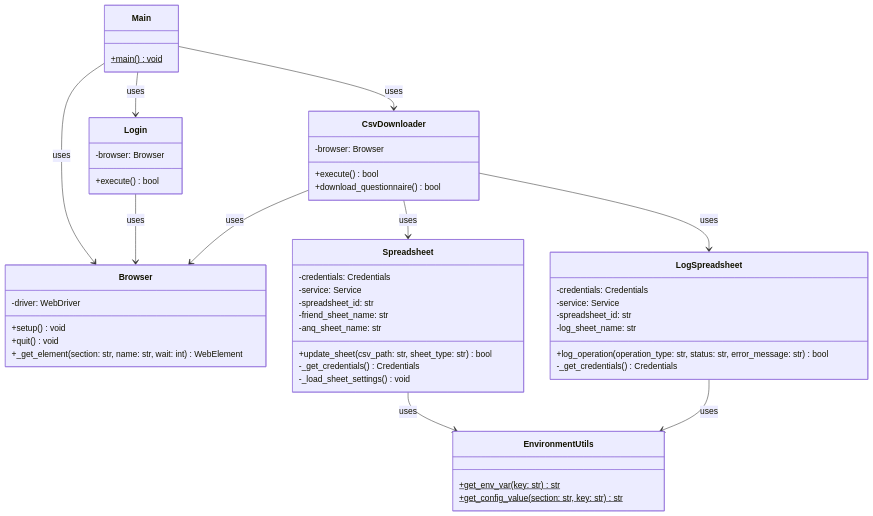
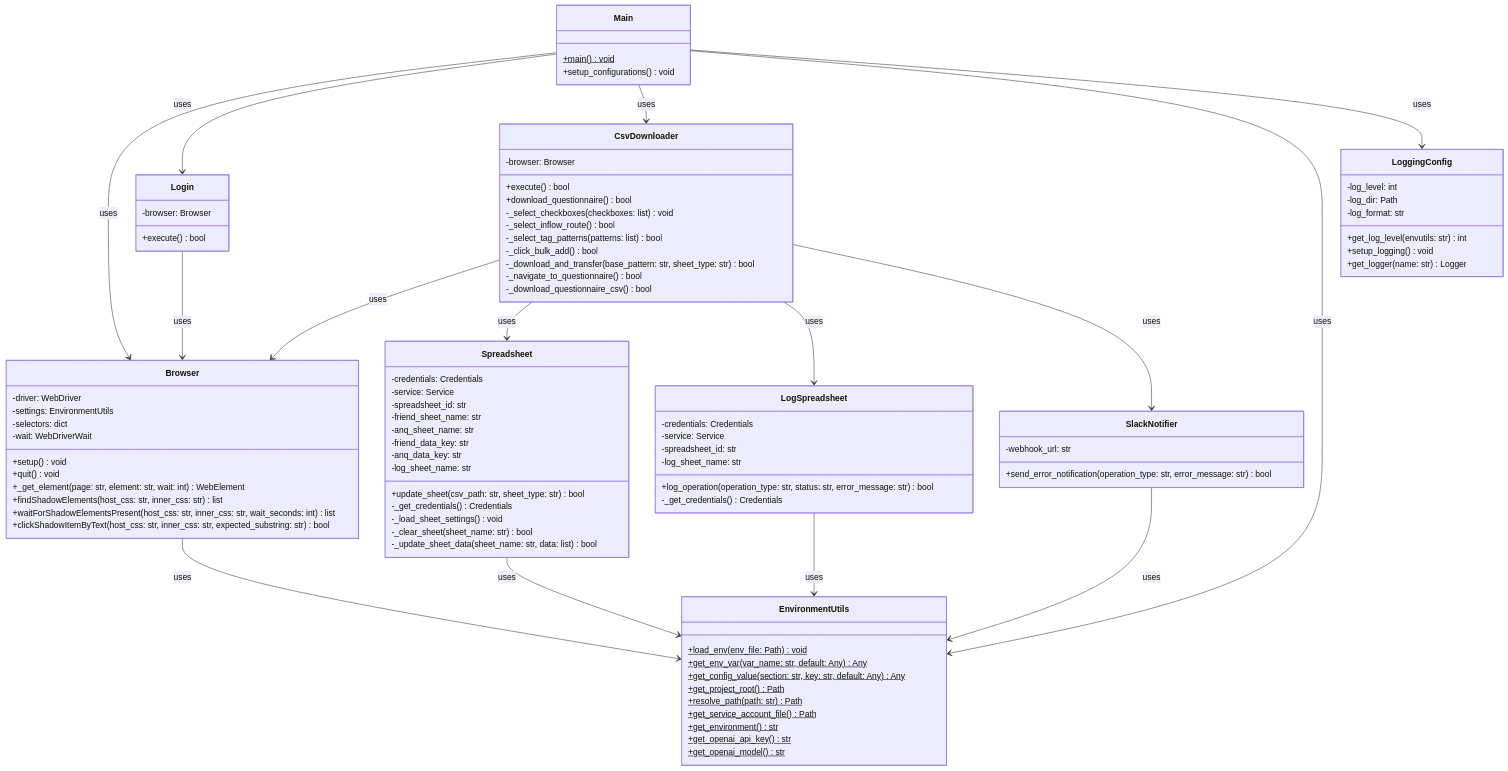
One commit to gucchon001/lstep_dl changed the diagram in docs/class_diagram.md. Above: the diagram before and after it, drawn with Mermaid. The commit also changed 12 other files, not shown here.

````diff
--- a/docs/class_diagram.md
+++ b/docs/class_diagram.md
@@ -2,9 +2,15 @@
 classDiagram
     class Browser {
         -driver: WebDriver
+        -settings: EnvironmentUtils
+        -selectors: dict
+        -wait: WebDriverWait
         +setup() void
         +quit() void
-        +_get_element(section: str, name: str, wait: int) WebElement
+        +_get_element(page: str, element: str, wait: int) WebElement
+        +findShadowElements(host_css: str, inner_css: str) list
+        +waitForShadowElementsPresent(host_css: str, inner_css: str, wait_seconds: int) list
+        +clickShadowItemByText(host_css: str, inner_css: str, expected_substring: str) bool
     }
 
     class Login {
@@ -16,6 +22,17 @@
         -browser: Browser
         +execute() bool
         +download_questionnaire() bool
+        
+        %% 友達リストデータ処理
+        -_select_checkboxes(checkboxes: list) void
+        -_select_inflow_route() bool
+        -_select_tag_patterns(patterns: list) bool
+        -_click_bulk_add() bool
+        -_download_and_transfer(base_pattern: str, sheet_type: str) bool
+        
+        %% アンケートデータ処理
+        -_navigate_to_questionnaire() bool
+        -_download_questionnaire_csv() bool
     }
 
     class Spreadsheet {
@@ -27,6 +44,15 @@
         +update_sheet(csv_path: str, sheet_type: str) bool
         -_get_credentials() Credentials
         -_load_sheet_settings() void
+        
+        %% シート名管理
+        -friend_data_key: str
+        -anq_data_key: str
+        -log_sheet_name: str
+        
+        %% データ転記処理
+        -_clear_sheet(sheet_name: str) bool
+        -_update_sheet_data(sheet_name: str, data: list) bool
     }
 
     class LogSpreadsheet {
@@ -39,21 +65,48 @@
     }
 
     class EnvironmentUtils {
-        +get_env_var(key: str)$ str
-        +get_config_value(section: str, key: str)$ str
+        +load_env(env_file: Path)$ void
+        +get_env_var(var_name: str, default: Any)$ Any
+        +get_config_value(section: str, key: str, default: Any)$ Any
+        +get_project_root()$ Path
+        +resolve_path(path: str)$ Path
+        +get_service_account_file()$ Path
+        +get_environment()$ str
+        +get_openai_api_key()$ str
+        +get_openai_model()$ str
     }
 
     class Main {
         +main()$ void
+        +setup_configurations() void
+    }
+
+    class SlackNotifier {
+        -webhook_url: str
+        +send_error_notification(operation_type: str, error_message: str) bool
+    }
+
+    class LoggingConfig {
+        -log_level: int
+        -log_dir: Path
+        -log_format: str
+        +get_log_level(envutils: str) int
+        +setup_logging() void
+        +get_logger(name: str) Logger
     }
 
     Main --> Browser : uses
     Main --> Login : uses
     Main --> CsvDownloader : uses
+    Main --> EnvironmentUtils : uses
+    Main --> LoggingConfig : uses
     Login --> Browser : uses
     CsvDownloader --> Browser : uses
     CsvDownloader --> Spreadsheet : uses
     CsvDownloader --> LogSpreadsheet : uses
+    CsvDownloader --> SlackNotifier : uses
     Spreadsheet --> EnvironmentUtils : uses
-    LogSpreadsheet --> EnvironmentUtils : uses 
+    LogSpreadsheet --> EnvironmentUtils : uses
+    SlackNotifier --> EnvironmentUtils : uses
+    Browser --> EnvironmentUtils : uses 
 ```
````
